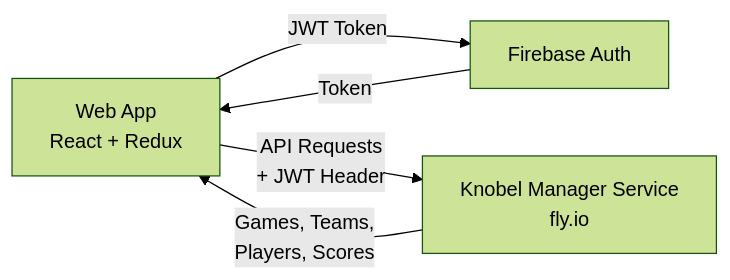
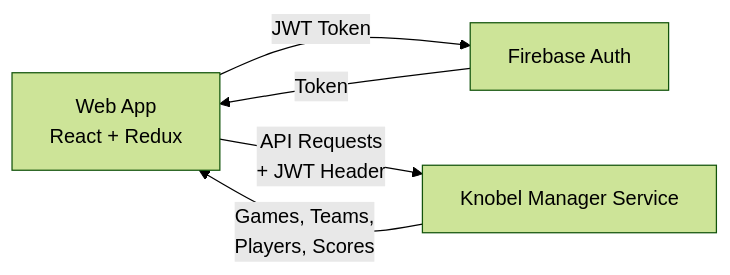
The diagram in README.md (henok321/knobel-manager-app), drawn with Mermaid (forest theme) before and after one commit. The commit also changed 1 other file, not shown here.

Commit message:
docs: cleaup docs

````diff
--- a/README.md
+++ b/README.md
@@ -11,7 +11,7 @@
 ```mermaid
 graph LR
     A[Web App<br/>React + Redux] -->|JWT Token| B[Firebase Auth]
-    A -->|API Requests<br/>+ JWT Header| C[Knobel Manager Service<br/>fly.io]
+    A -->|API Requests<br/>+ JWT Header| C[Knobel Manager Service]
     B -->|Token| A
     C -->|Games, Teams,<br/>Players, Scores| A
 ```
````
